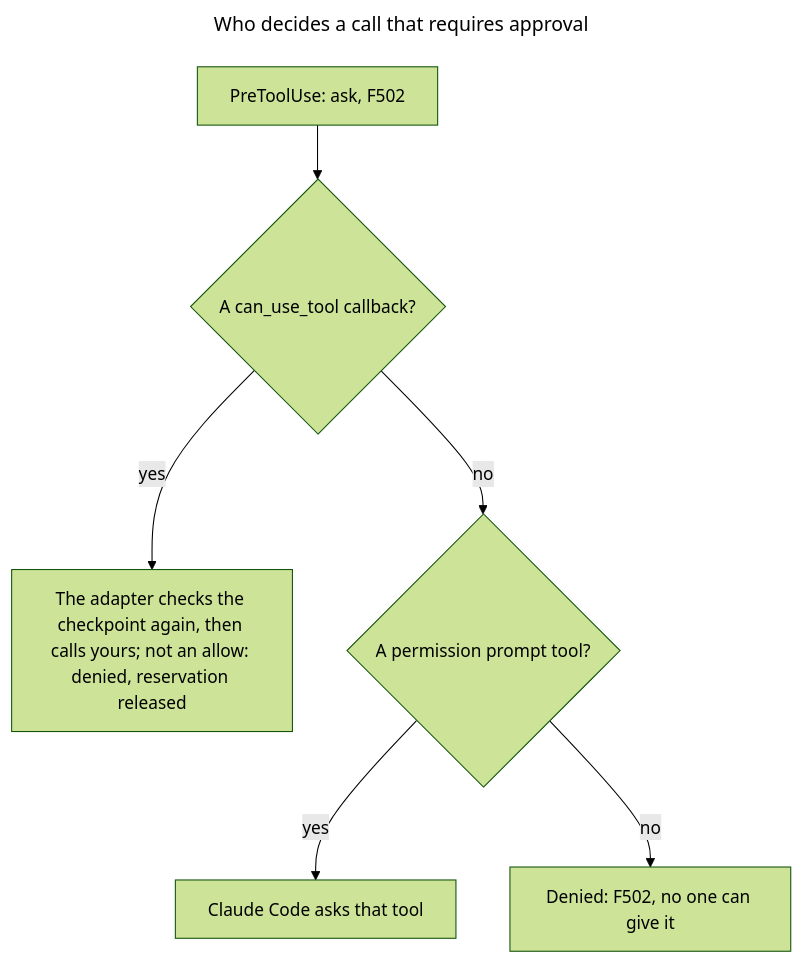
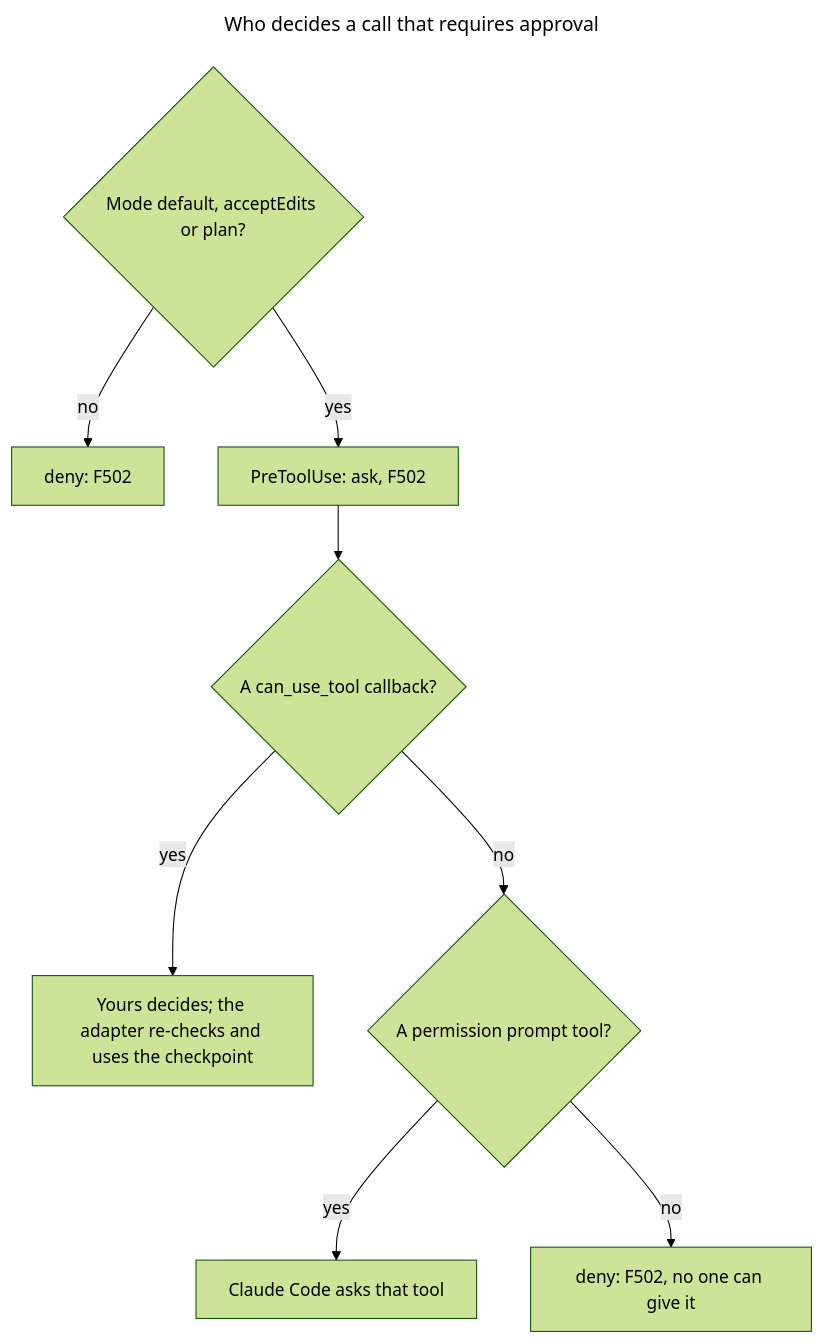
The third of 4 diagrams in docs/integrations/claude_agent_sdk.md (synaptiai/agent-capability-standard), drawn with Mermaid (forest theme) before and after one commit. The commit also changed other lines of this file and 13 other files, not shown here.

````diff
--- a/docs/integrations/claude_agent_sdk.md
+++ b/docs/integrations/claude_agent_sdk.md
@@ -410,12 +382,14 @@
 ```mermaid
 ---
 title: Who decides a call that requires approval
 ---
 flowchart TB
-  accDescr: PreToolUse answers ask with a reason that begins F502 APPROVAL_REQUIRED. If the options passed to wrap_options() have a can_use_tool callback, the adapter's callback repeats the checkpoint check and calls yours with the tool name, the input and the context; an allow runs the call, and anything else denies it and releases its checkpoint reservation. If they have a permission_prompt_tool_name, Claude Code puts the ask to that tool. With neither, the adapter's callback denies the call with F502, since no one can give the approval.
-  ask["PreToolUse: ask, F502"] --> q1{"A can_use_tool callback?"}
-  q1 -->|yes| cb["The adapter checks the checkpoint again, then calls yours; not an allow: denied, reservation released"]
+  accDescr: In permission modes default, acceptEdits and plan, PreToolUse answers ask with F502; in any other mode it refuses with F502. If the wrapped options have a can_use_tool callback, the adapter's callback checks the checkpoint, calls yours, re-checks changed arguments and uses the checkpoint at the allow; anything but an allow is F502 and releases the hold. A permission prompt tool decides when there is one. With neither, the call is refused with F502.
+  mode{"Mode default, acceptEdits or plan?"} -->|no| f502["deny: F502"]
+  mode -->|yes| ask["PreToolUse: ask, F502"]
+  ask --> q1{"A can_use_tool callback?"}
+  q1 -->|yes| cb["Yours decides; the adapter re-checks and uses the checkpoint"]
   q1 -->|no| q2{"A permission prompt tool?"}
   q2 -->|yes| ppt["Claude Code asks that tool"]
-  q2 -->|no| none["Denied: F502, no one can give it"]
+  q2 -->|no| none["deny: F502, no one can give it"]
 ```
````
